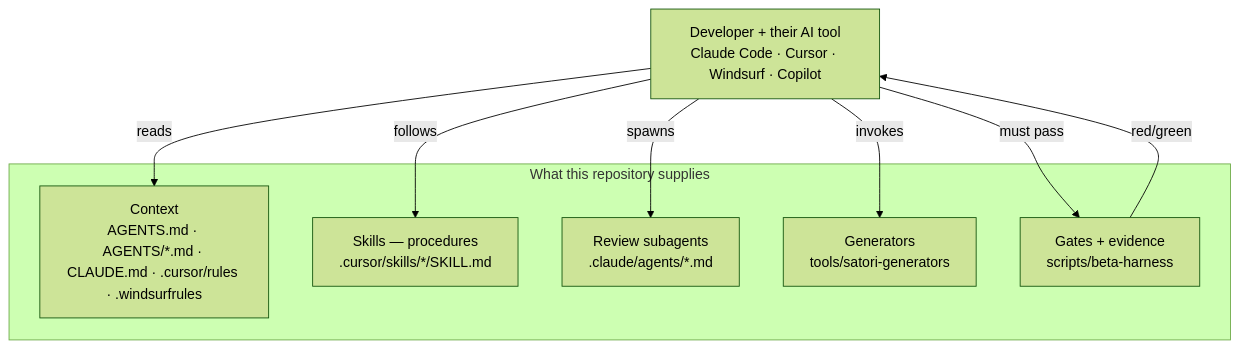
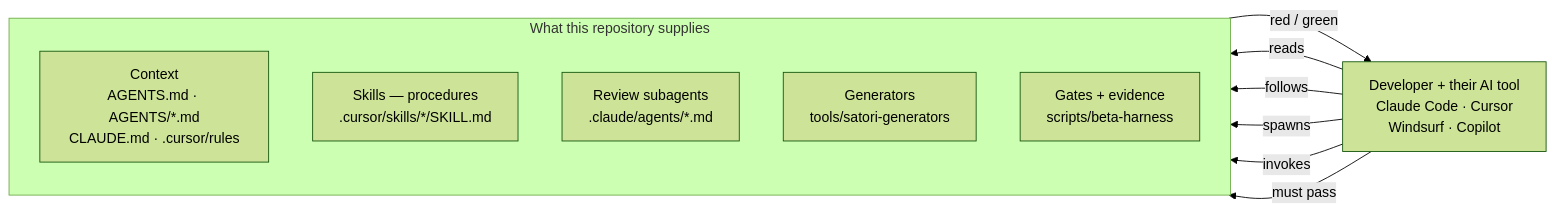
One commit to nuxeo/agentic-ui-poc changed the diagram in documentation/30-engineering/09-skills-agents-generators.md. Above: the diagram before and after it, drawn with Mermaid (forest theme). The commit also changed 8 other files, not shown here.

First line of the commit message:
fix(docs): diagrams render as diagrams, and internal links actually work

````diff
--- a/documentation/30-engineering/09-skills-agents-generators.md
+++ b/documentation/30-engineering/09-skills-agents-generators.md
@@ -34,17 +34,18 @@
 ```mermaid
-flowchart TD
-  dev["Developer + their AI tool<br/>Claude Code · Cursor · Windsurf · Copilot"]
+flowchart LR
+  dev["Developer + their AI tool<br/>Claude Code · Cursor<br/>Windsurf · Copilot"]
   subgraph repo["What this repository supplies"]
-    ctx["Context<br/>AGENTS.md · AGENTS/*.md · CLAUDE.md · .cursor/rules · .windsurfrules"]
+    direction TB
+    ctx["Context<br/>AGENTS.md · AGENTS/*.md<br/>CLAUDE.md · .cursor/rules"]
     skills["Skills — procedures<br/>.cursor/skills/*/SKILL.md"]
     agents["Review subagents<br/>.claude/agents/*.md"]
     gen["Generators<br/>tools/satori-generators"]
     gates["Gates + evidence<br/>scripts/beta-harness"]
   end
   dev -->|reads| ctx
   dev -->|follows| skills
   dev -->|spawns| agents
   dev -->|invokes| gen
   dev -->|must pass| gates
-  gates -->|red/green| dev
+  gates -->|"red / green"| dev
 ```
````
